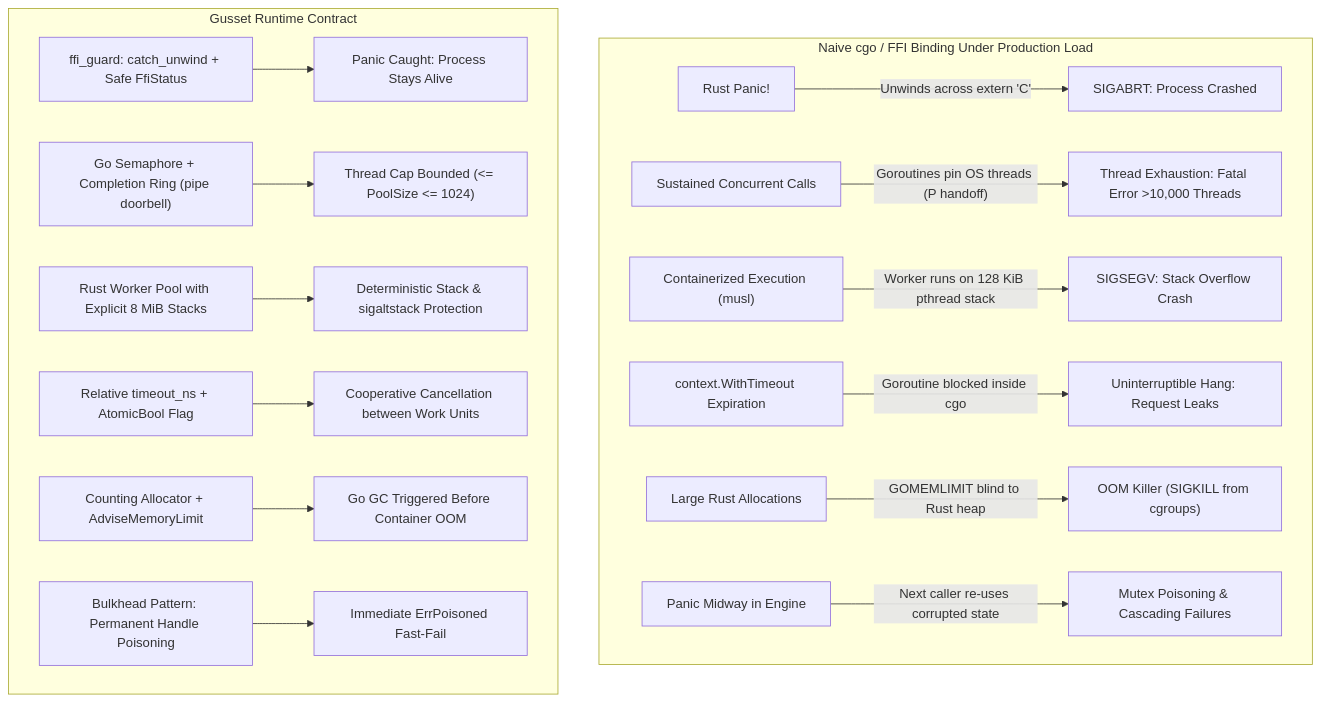
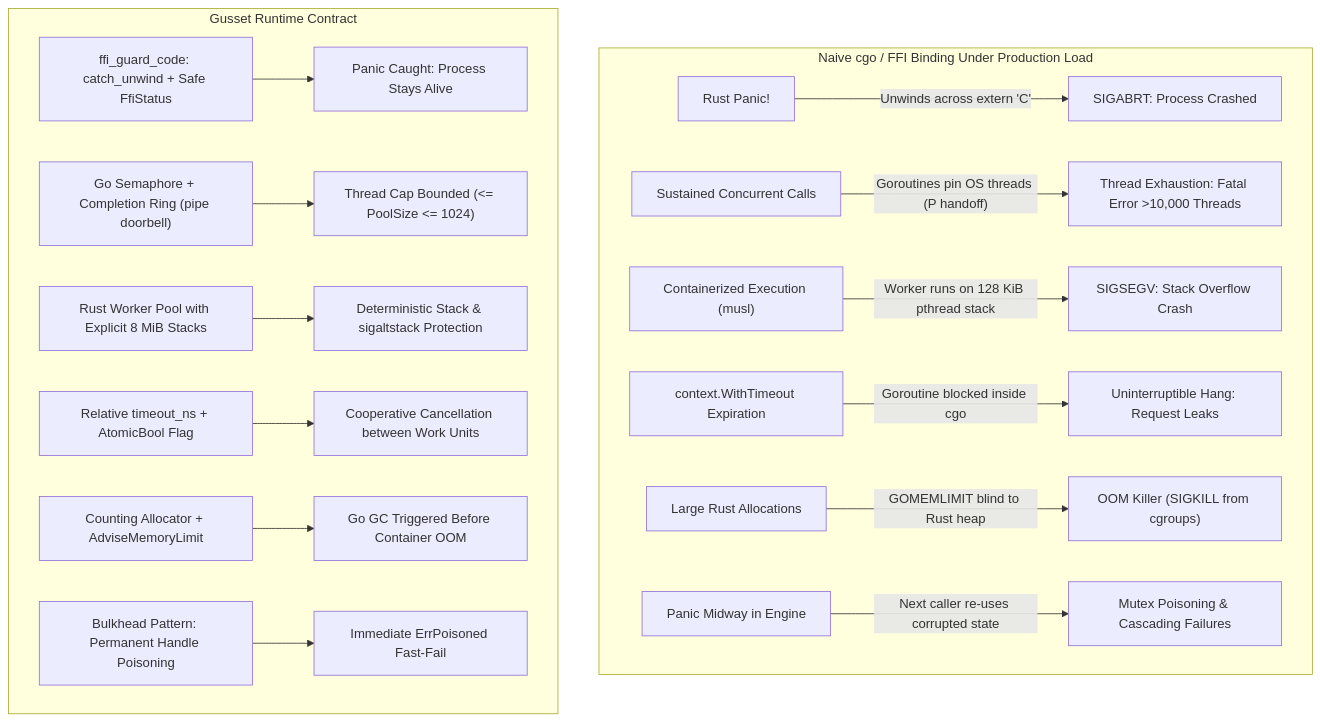
The first of 2 diagrams in docs/why.md (bharathvbcr/gusset), drawn with Mermaid before and after one commit. The commit also changed other lines of this file and 5 other files, not shown here.

First line of the commit message:
docs: name ffi_guard_code where the docs named the deleted ffi_guard, protecting I2

````diff
--- a/docs/why.md
+++ b/docs/why.md
@@ -22,20 +22,20 @@
 ```mermaid
 flowchart TD
     subgraph Naive ["Naive cgo / FFI Binding Under Production Load"]
         N1["Rust Panic!"] -->|"Unwinds across extern 'C'"| F1["SIGABRT: Process Crashed"]
         N2["Sustained Concurrent Calls"] -->|"Goroutines pin OS threads (P handoff)"| F2["Thread Exhaustion: Fatal Error >10,000 Threads"]
         N3["Containerized Execution (musl)"] -->|"Worker runs on 128 KiB pthread stack"| F3["SIGSEGV: Stack Overflow Crash"]
         N4["context.WithTimeout Expiration"] -->|"Goroutine blocked inside cgo"| F4["Uninterruptible Hang: Request Leaks"]
         N5["Large Rust Allocations"] -->|"GOMEMLIMIT blind to Rust heap"| F5["OOM Killer (SIGKILL from cgroups)"]
         N6["Panic Midway in Engine"] -->|"Next caller re-uses corrupted state"| F6["Mutex Poisoning & Cascading Failures"]
     end
 
     subgraph Gusset ["Gusset Runtime Contract"]
-        G1["ffi_guard: catch_unwind + Safe FfiStatus"] --> S1["Panic Caught: Process Stays Alive"]
+        G1["ffi_guard_code: catch_unwind + Safe FfiStatus"] --> S1["Panic Caught: Process Stays Alive"]
         G2["Go Semaphore + Completion Ring (pipe doorbell)"] --> S2["Thread Cap Bounded (<= PoolSize <= 1024)"]
         G3["Rust Worker Pool with Explicit 8 MiB Stacks"] --> S3["Deterministic Stack & sigaltstack Protection"]
         G4["Relative timeout_ns + AtomicBool Flag"] --> S4["Cooperative Cancellation between Work Units"]
         G5["Counting Allocator + AdviseMemoryLimit"] --> S5["Go GC Triggered Before Container OOM"]
         G6["Bulkhead Pattern: Permanent Handle Poisoning"] --> S6["Immediate ErrPoisoned Fast-Fail"]
     end
 ```
````
